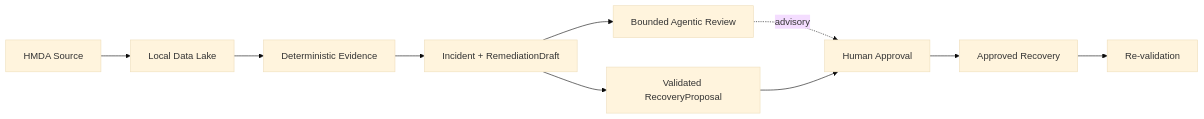
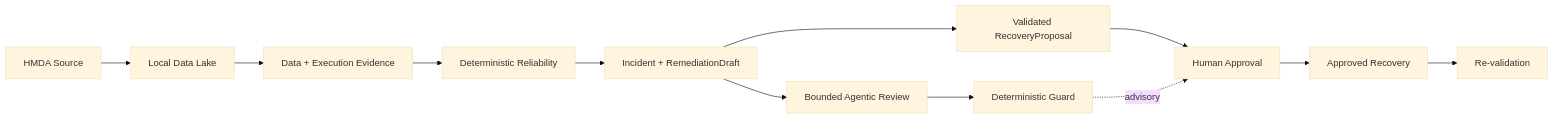
The diagram in README.md (mols3131d/hmda-data-reliability), drawn with Mermaid (base theme) before and after one commit.

Commit message:
docs: align README MVP boundaries

````diff
--- a/README.md
+++ b/README.md
@@ -20,12 +20,15 @@
 ```mermaid
 flowchart LR
     source["HMDA Source"] --> lake["Local Data Lake"]
-    lake --> evidence["Deterministic Evidence"]
-    evidence --> incident["Incident + RemediationDraft"]
-    incident --> agent["Bounded Agentic Review"]
+    lake --> evidence["Data + Execution Evidence"]
+    evidence --> reliability["Deterministic Reliability"]
+    reliability --> incident["Incident + RemediationDraft"]
     incident --> proposal["Validated RecoveryProposal"]
-    agent -. advisory .-> approval["Human Approval"]
-    proposal --> approval
+    proposal --> approval["Human Approval"]
     approval --> recovery["Approved Recovery"]
     recovery --> verify["Re-validation"]
+
+    incident --> agent["Bounded Agentic Review"]
+    agent --> guard["Deterministic Guard"]
+    guard -. advisory .-> approval
 ```
````
